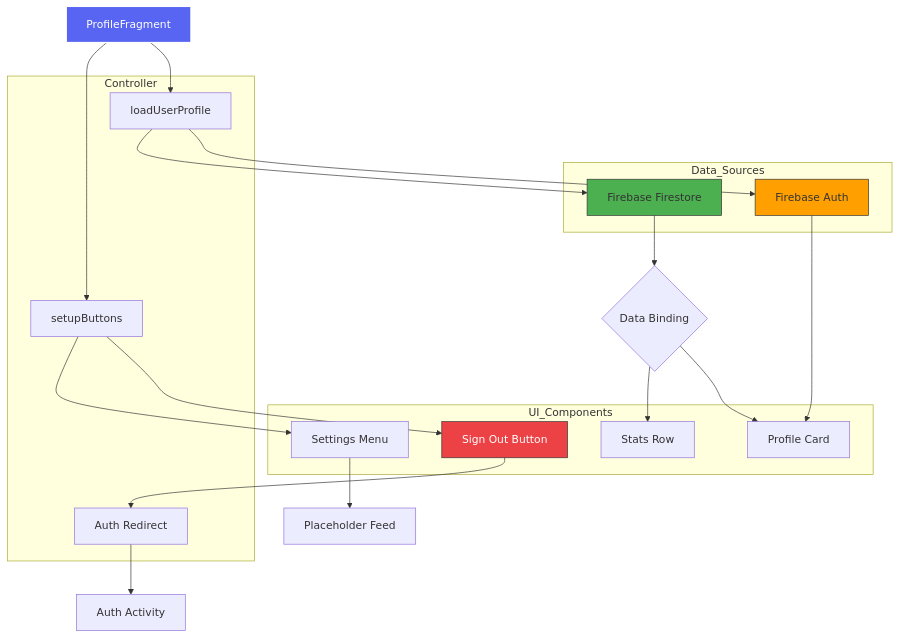
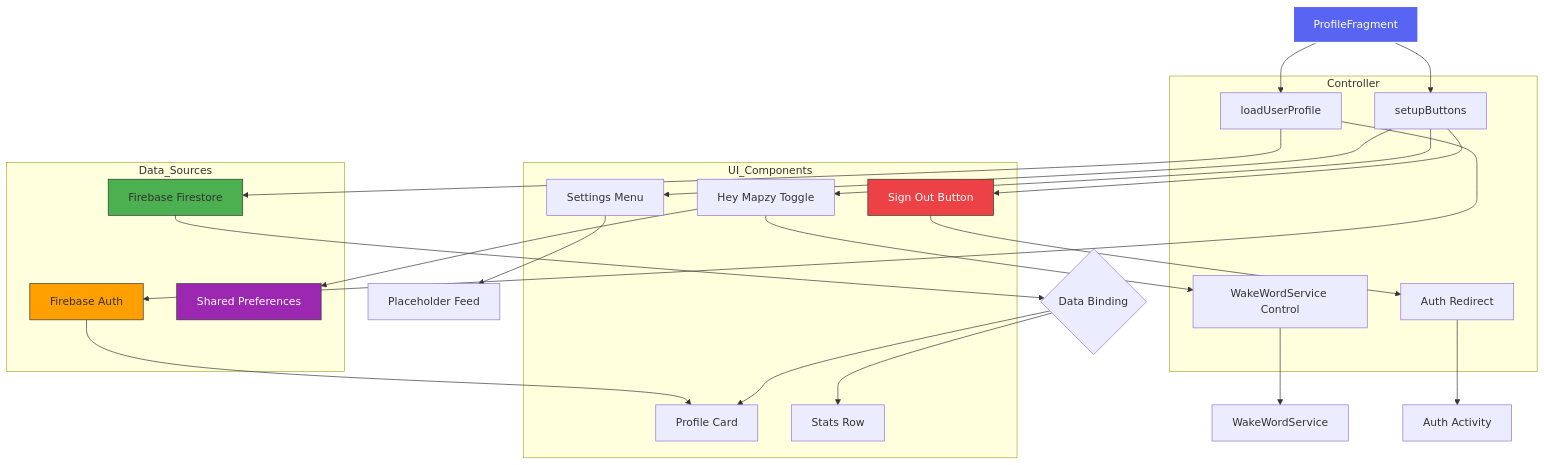
The diagram in documentation/profile_architecture.md (roshan-melvin/Mapzy), drawn with Mermaid before and after one commit. The commit also changed 27 other files, not shown here.

Commit message:
feat: implement 'Hey Mapzy' wake-word system, integrate assistant backend, and update documentation

````diff
--- a/documentation/profile_architecture.md
+++ b/documentation/profile_architecture.md
@@ -5,49 +5,59 @@
 ```mermaid
 graph TB
     %% Entry Point
     Fragment[ProfileFragment]
-    
+
     subgraph UI_Components
         Header[Profile Card]
         Stats[Stats Row]
         Menu[Settings Menu]
+        WakeWordToggle[Hey Mapzy Toggle]
         SignOut[Sign Out Button]
     end
 
     subgraph Data_Sources
         Auth[Firebase Auth]
         Store[Firebase Firestore]
+        Prefs[Shared Preferences]
     end
 
     subgraph Controller
         Load[loadUserProfile]
         Setup[setupButtons]
+        WakeWordLogic[WakeWordService Control]
         AuthRedirect[Auth Redirect]
     end
 
     %% Wiring
     Fragment --> Load
     Fragment --> Setup
 
     %% Load Flow
     Load --> Auth
     Auth --> Header
     Load --> Store
     Store --> DataBinder{Data Binding}
     DataBinder --> Header
     DataBinder --> Stats
 
+    %% Wake Word Flow
+    Setup --> WakeWordToggle
+    WakeWordToggle --> Prefs
+    WakeWordToggle --> WakeWordLogic
+    WakeWordLogic --> Service[WakeWordService]
+
     %% Action Flow
     Setup --> SignOut
     SignOut --> AuthRedirect
     AuthRedirect --> LoginScreen[Auth Activity]
-    
+
     Setup --> Menu
     Menu --> ComingSoon[Placeholder Feed]
 
     %% Styling
     style Fragment fill:#5865F2,stroke:#fff,stroke-width:2px,color:#fff
     style Auth fill:#FFA000,stroke:#333,stroke-width:1px
     style Store fill:#4CAF50,stroke:#333,stroke-width:1px
+    style Prefs fill:#9C27B0,stroke:#333,stroke-width:1px,color:#fff
     style SignOut fill:#ED4245,stroke:#333,stroke-width:1px,color:#fff
 ```
````
